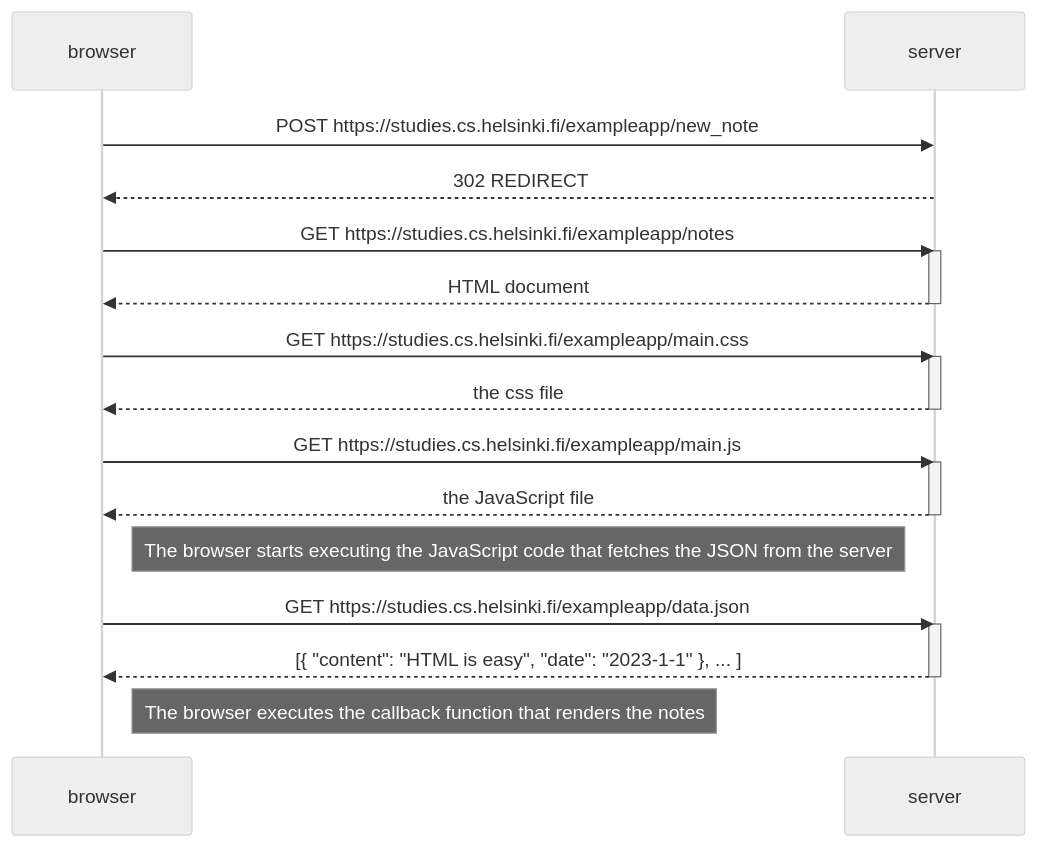
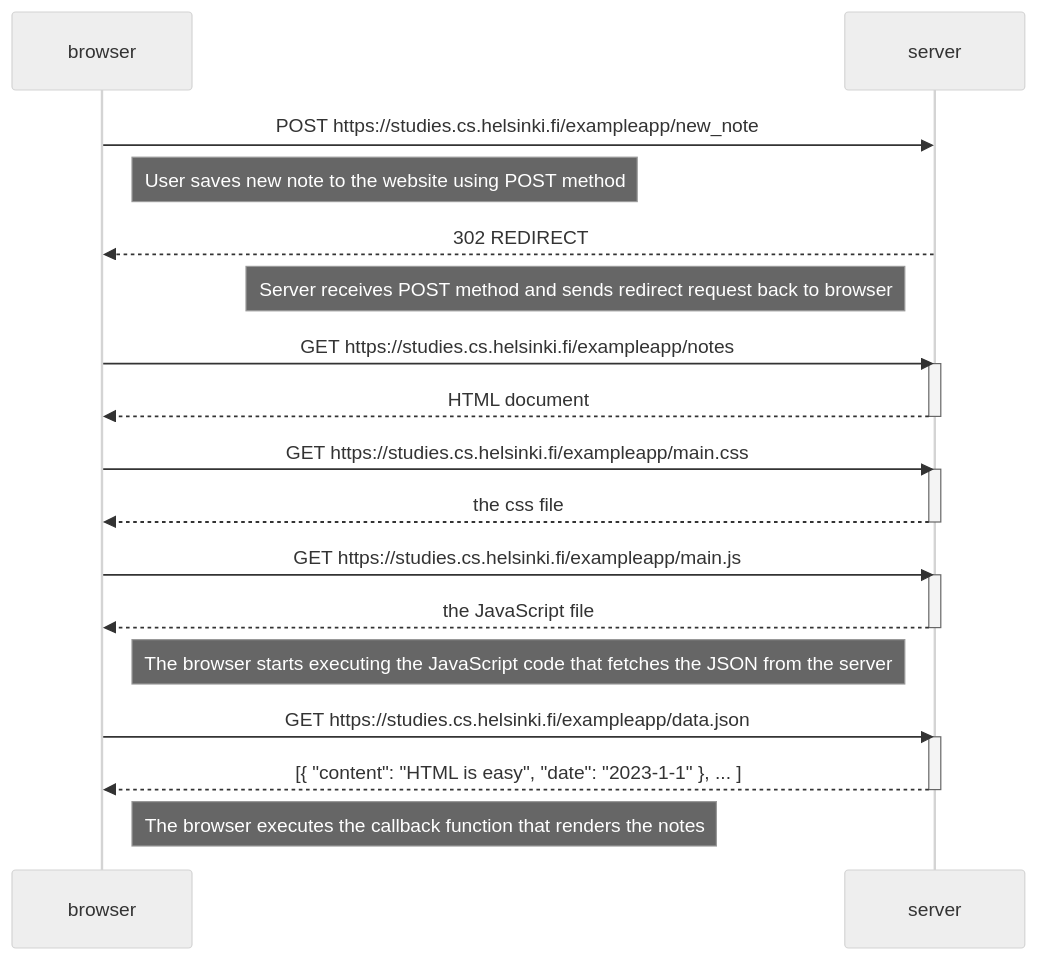
One commit to Waltter2211/Full-stack-palautus changed the diagram in Tehtävä 0.4.md. Above: the diagram before and after it, drawn with Mermaid (neutral theme).

Commit message:
Update Tehtävä 0.4.md

````diff
--- a/Tehtävä 0.4.md
+++ b/Tehtävä 0.4.md
@@ -1,31 +1,33 @@
 ```mermaid
 sequenceDiagram
     participant browser
     participant server
     
     browser->>server: POST https://studies.cs.helsinki.fi/exampleapp/new_note
+    Note right of browser: User saves new note to the website using POST method
     server-->>browser: 302 REDIRECT
+    Note left of server: Server receives POST method and sends redirect request back to browser
     browser->>server: GET https://studies.cs.helsinki.fi/exampleapp/notes
     activate server
     server-->>browser: HTML document
     deactivate server
     
     browser->>server: GET https://studies.cs.helsinki.fi/exampleapp/main.css
     activate server
     server-->>browser: the css file
     deactivate server
     
     browser->>server: GET https://studies.cs.helsinki.fi/exampleapp/main.js
     activate server
     server-->>browser: the JavaScript file
     deactivate server
     
     Note right of browser: The browser starts executing the JavaScript code that fetches the JSON from the server
     
     browser->>server: GET https://studies.cs.helsinki.fi/exampleapp/data.json
     activate server
     server-->>browser: [{ "content": "HTML is easy", "date": "2023-1-1" }, ... ]
     deactivate server    
 
     Note right of browser: The browser executes the callback function that renders the notes 
 ```
````
